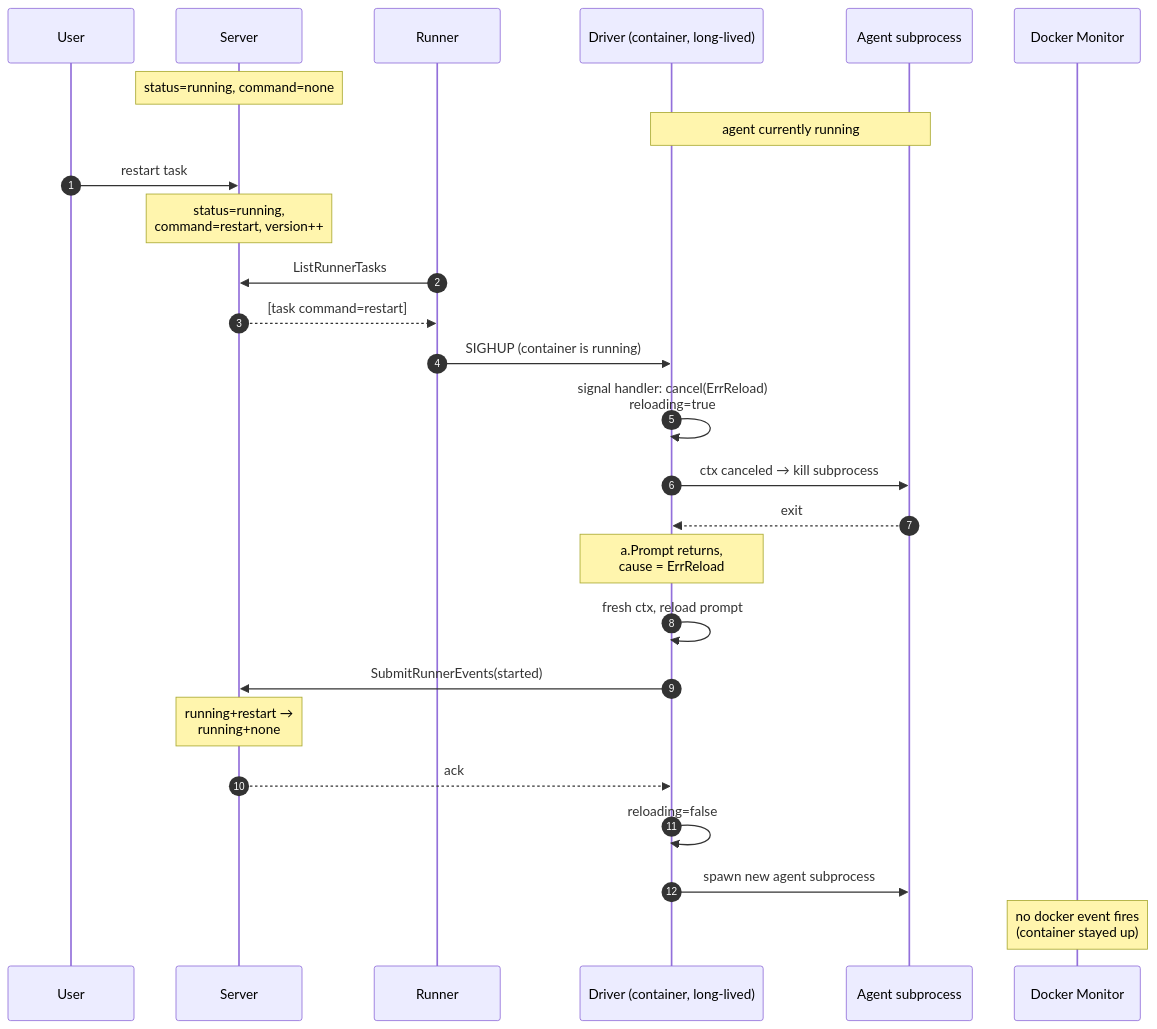
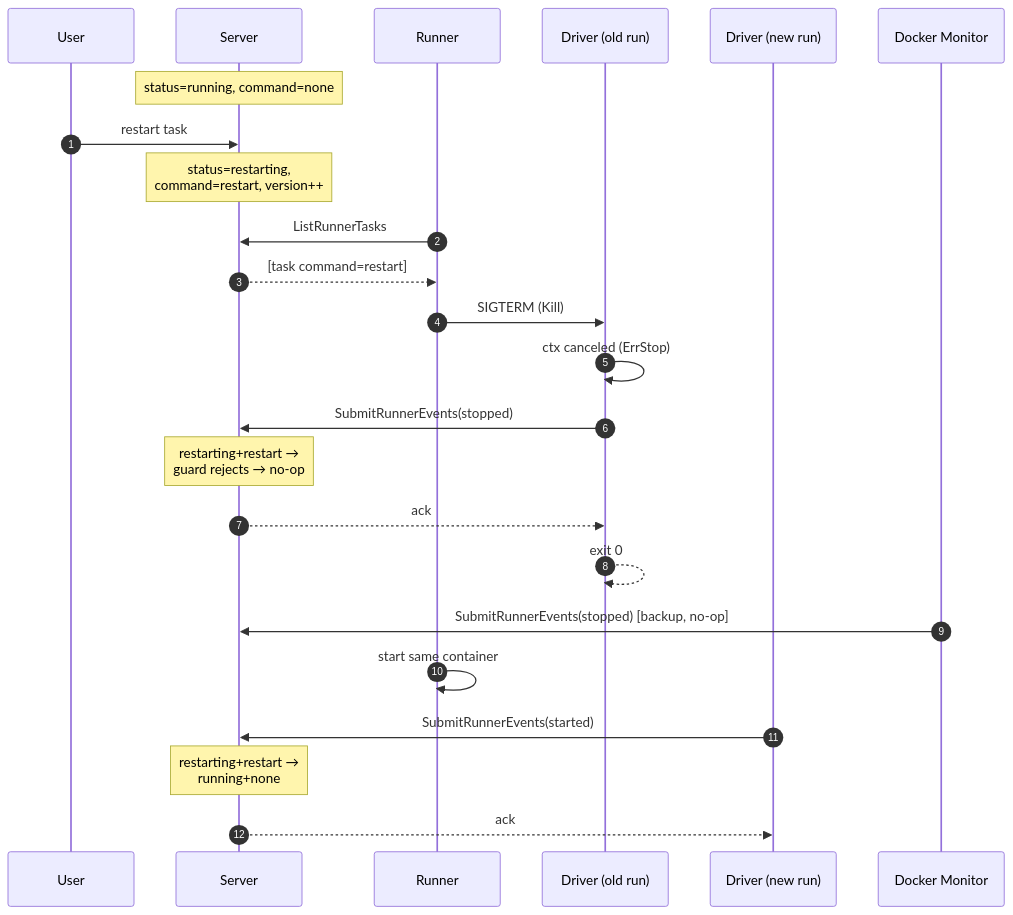
Before and after one commit to icholy/xagent: the sixth of 9 diagrams in proposals/accepted/driver-owned-events.md, drawn with Mermaid. The commit also changed other lines of this file and 2 other files, not shown here.

First line of the commit message:
proposal: simplify driver-owned-events restart to kill plus start

````diff
--- a/proposals/accepted/driver-owned-events.md
+++ b/proposals/accepted/driver-owned-events.md
@@ -270,30 +206,27 @@
 ```mermaid
 sequenceDiagram
     autonumber
     participant U as User
     participant S as Server
     participant R as Runner
-    participant D as Driver (container, long-lived)
-    participant A as Agent subprocess
+    participant D1 as Driver (old run)
+    participant D2 as Driver (new run)
     participant M as Docker Monitor
 
     Note over S: status=running, command=none
-    Note over D,A: agent currently running
     U->>S: restart task
-    Note over S: status=running,<br/>command=restart, version++
-
+    Note over S: status=restarting,<br/>command=restart, version++
     R->>S: ListRunnerTasks
     S-->>R: [task command=restart]
-    R->>D: SIGHUP (container is running)
-    D->>D: signal handler: cancel(ErrReload)<br/>reloading=true
-    D->>A: ctx canceled → kill subprocess
-    A-->>D: exit
-    Note over D: a.Prompt returns,<br/>cause = ErrReload
-    D->>D: fresh ctx, reload prompt
-    D->>S: SubmitRunnerEvents(started)
-    Note over S: running+restart →<br/>running+none
-    S-->>D: ack
-    D->>D: reloading=false
-    D->>A: spawn new agent subprocess
-    Note over M: no docker event fires<br/>(container stayed up)
+    R->>D1: SIGTERM (Kill)
+    D1->>D1: ctx canceled (ErrStop)
+    D1->>S: SubmitRunnerEvents(stopped)
+    Note over S: restarting+restart →<br/>guard rejects → no-op
+    S-->>D1: ack
+    D1-->>D1: exit 0
+    M->>S: SubmitRunnerEvents(stopped) [backup, no-op]
+    R->>R: start same container
+    D2->>S: SubmitRunnerEvents(started)
+    Note over S: restarting+restart →<br/>running+none
+    S-->>D2: ack
 ```
````
